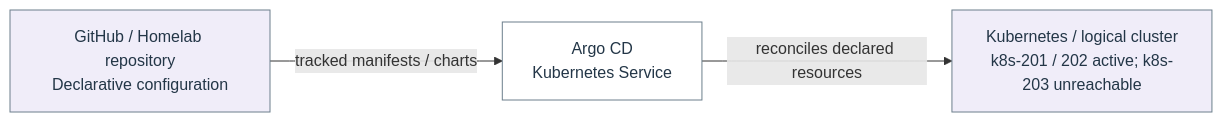
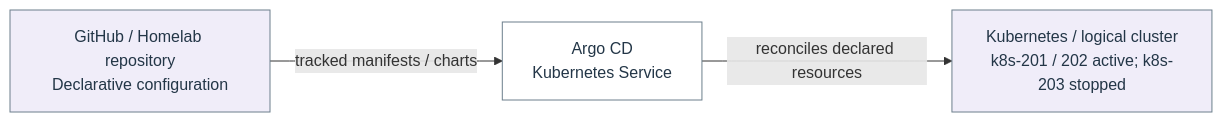
Diagram 15 of 22 in docs/architecture/homelab-mermaid.md (Harsh-2002/Homelab), drawn with Mermaid before and after one commit. The commit also changed other lines of this file and 51 other files, not shown here.

````diff
--- a/docs/architecture/homelab-mermaid.md
+++ b/docs/architecture/homelab-mermaid.md
@@ -505,12 +505,12 @@
 ```mermaid
 flowchart LR
   n_flow_17_0["GitHub / Homelab repository<br/>Declarative configuration"]
   n_flow_17_1["Argo CD<br/>Kubernetes Service"]
-  n_flow_17_2["Kubernetes / logical cluster<br/>k8s-201 / 202 active; k8s-203 unreachable"]
+  n_flow_17_2["Kubernetes / logical cluster<br/>k8s-201 / 202 active; k8s-203 stopped"]
   n_flow_17_0 -->|"tracked manifests / charts"| n_flow_17_1
   n_flow_17_1 -->|"reconciles declared resources"| n_flow_17_2
   classDef c_flow_17_0 fill:#f0edf9,stroke:#6c7f8c,color:#233647;
   class n_flow_17_0,n_flow_17_2 c_flow_17_0;
   classDef c_flow_17_1 fill:#ffffff,stroke:#6c7f8c,color:#233647;
   class n_flow_17_1 c_flow_17_1;
 ```
````
